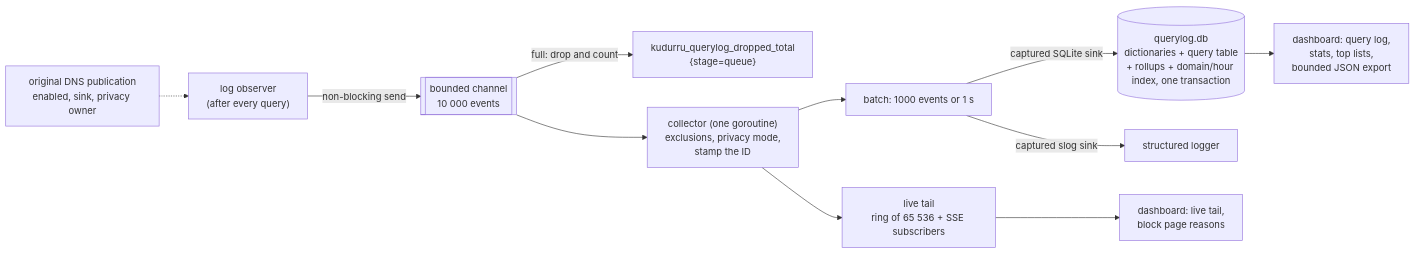
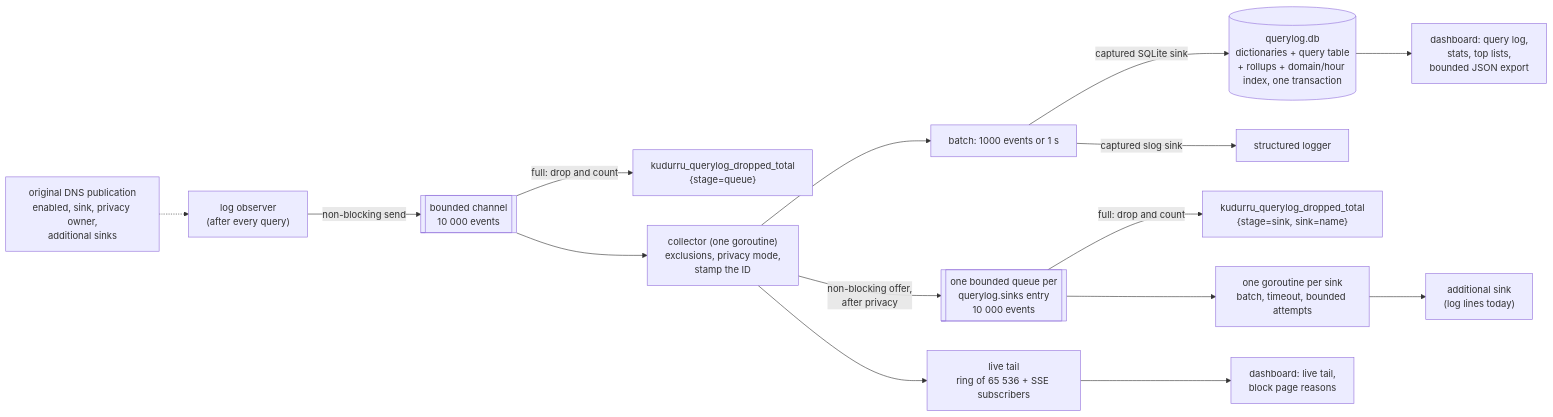
Before and after one commit to robertherbaugh/kudurru: the first of 4 diagrams in docs/architecture/observability.md, drawn with Mermaid. The commit also changed other lines of this file and 3 other files, not shown here.

First line of the commit message:
docs(querylog): describe additional query-log sinks

````diff
--- a/docs/architecture/observability.md
+++ b/docs/architecture/observability.md
@@ -93,13 +93,17 @@
 ```mermaid
 flowchart LR
     OBS["log observer<br/>(after every query)"] -->|"non-blocking send"| CH[["bounded channel<br/>10 000 events"]]
     CH -->|"full: drop and count"| DROP["kudurru_querylog_dropped_total<br/>{stage=queue}"]
     CH --> COL["collector (one goroutine)<br/>exclusions, privacy mode,<br/>stamp the ID"]
     COL --> TAIL["live tail<br/>ring of 65 536 + SSE subscribers"]
     COL --> BATCH["batch: 1000 events or 1 s"]
-    PUB["original DNS publication<br/>enabled, sink, privacy owner"] -.-> OBS
+    PUB["original DNS publication<br/>enabled, sink, privacy owner,<br/>additional sinks"] -.-> OBS
     BATCH -->|"captured SQLite sink"| DB[("querylog.db<br/>dictionaries + query table<br/>+ rollups + domain/hour index, one transaction")]
     BATCH -->|"captured slog sink"| SLOG["structured logger"]
+    COL -->|"non-blocking offer,<br/>after privacy"| SQ[["one bounded queue per<br/>querylog.sinks entry<br/>10 000 events"]]
+    SQ -->|"full: drop and count"| SDROP["kudurru_querylog_dropped_total<br/>{stage=sink, sink=name}"]
+    SQ --> SW["one goroutine per sink<br/>batch, timeout, bounded attempts"]
+    SW --> EXT["additional sink<br/>(log lines today)"]
     TAIL --> API["dashboard: live tail,<br/>block page reasons"]
     DB --> API2["dashboard: query log,<br/>stats, top lists,<br/>bounded JSON export"]
 ```
````
